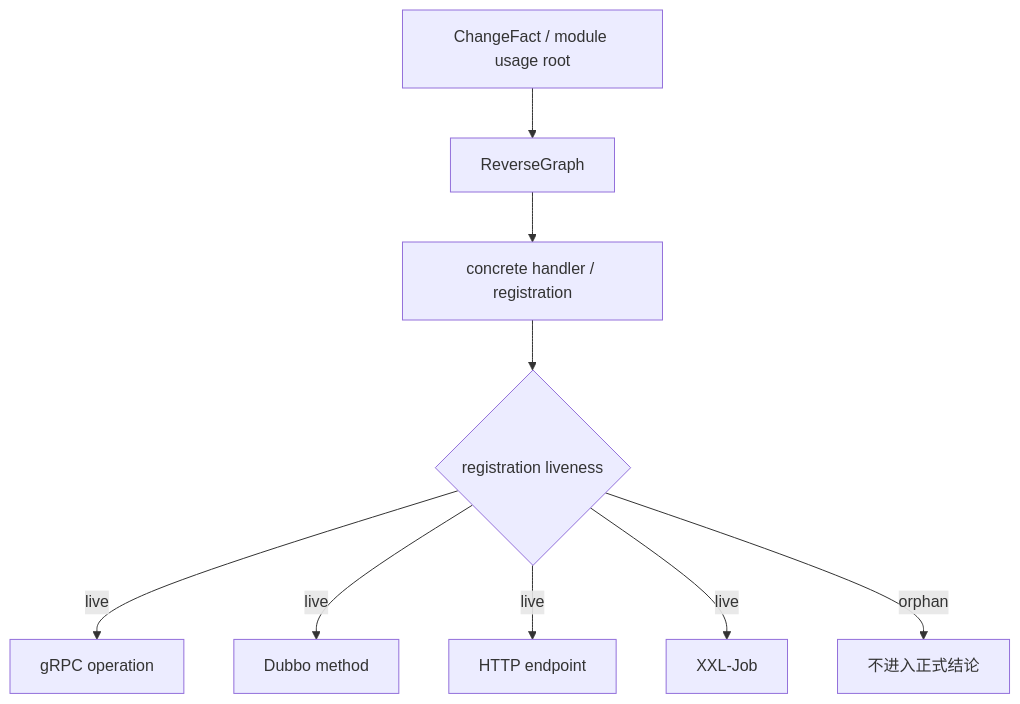
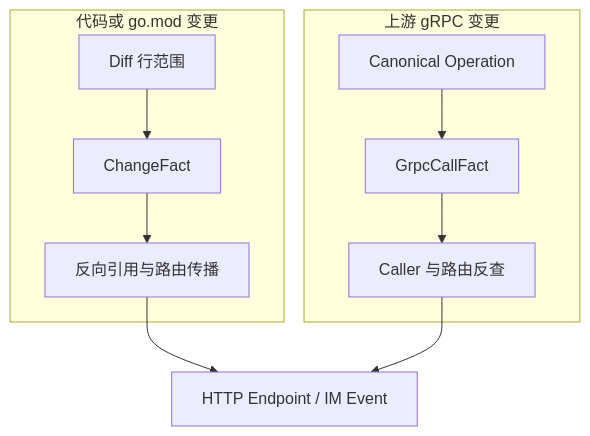
Before and after one commit to Flying-Bird1999/go-analyzer: the second of 4 diagrams in TECH-DESIGN-impact-analysis.md, drawn with Mermaid. The commit also changed other lines of this file, not shown here.

````diff
--- a/TECH-DESIGN-impact-analysis.md
+++ b/TECH-DESIGN-impact-analysis.md
@@ -627,14 +254,19 @@
 ```mermaid
 flowchart TB
-    C["ChangeFact / module usage root"]
-    R["ReverseGraph"]
-    H["concrete handler / registration"]
-    L{"registration liveness"}
+    subgraph FILE["代码或 go.mod 变更"]
+        F1["Diff 行范围"]
+        F2["ChangeFact"]
+        F3["反向引用与路由传播"]
+        F1 --> F2 --> F3
+    end
 
-    C --> R --> H --> L
-    L -->|live| G["gRPC operation"]
-    L -->|live| D["Dubbo method"]
-    L -->|live| W["HTTP endpoint"]
-    L -->|live| J["XXL-Job"]
-    L -->|orphan| X["不进入正式结论"]
+    subgraph RPC["上游 gRPC 变更"]
+        G1["Canonical Operation"]
+        G2["GrpcCallFact"]
+        G3["Caller 与路由反查"]
+        G1 --> G2 --> G3
+    end
+
+    F3 --> RESULT["HTTP Endpoint / IM Event"]
+    G3 --> RESULT
 ```
````
